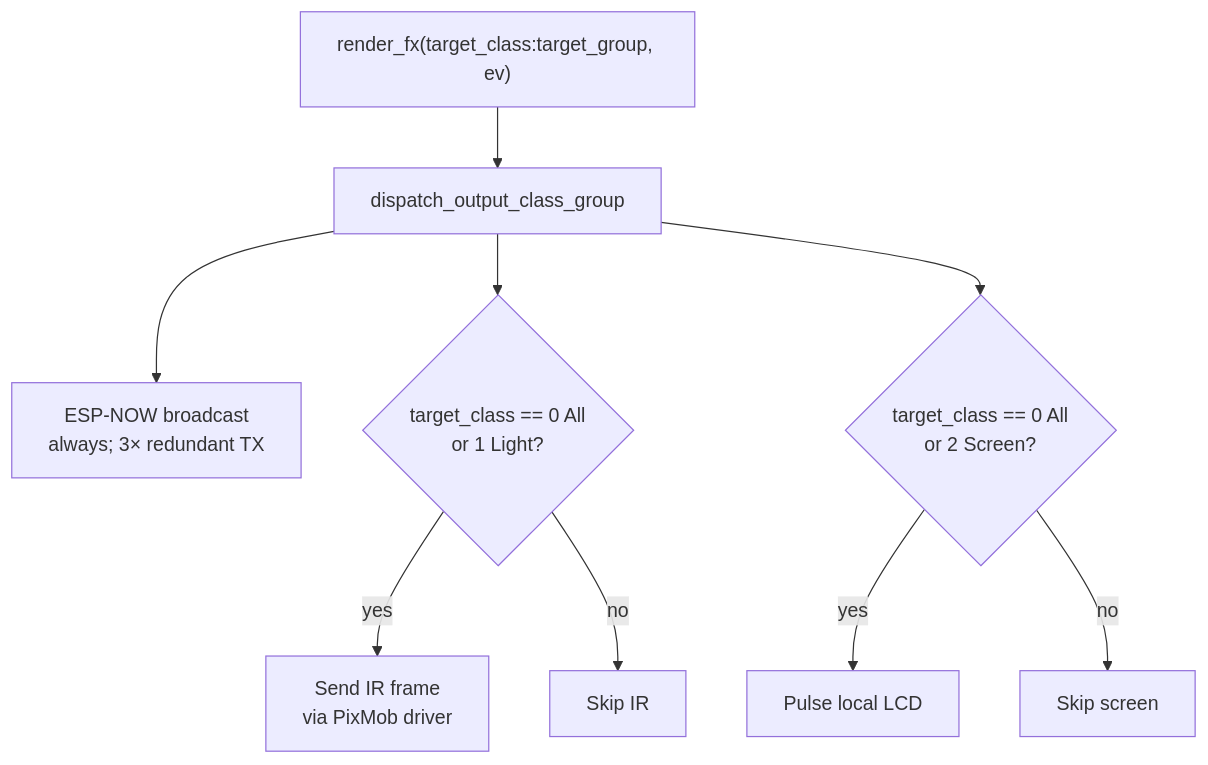
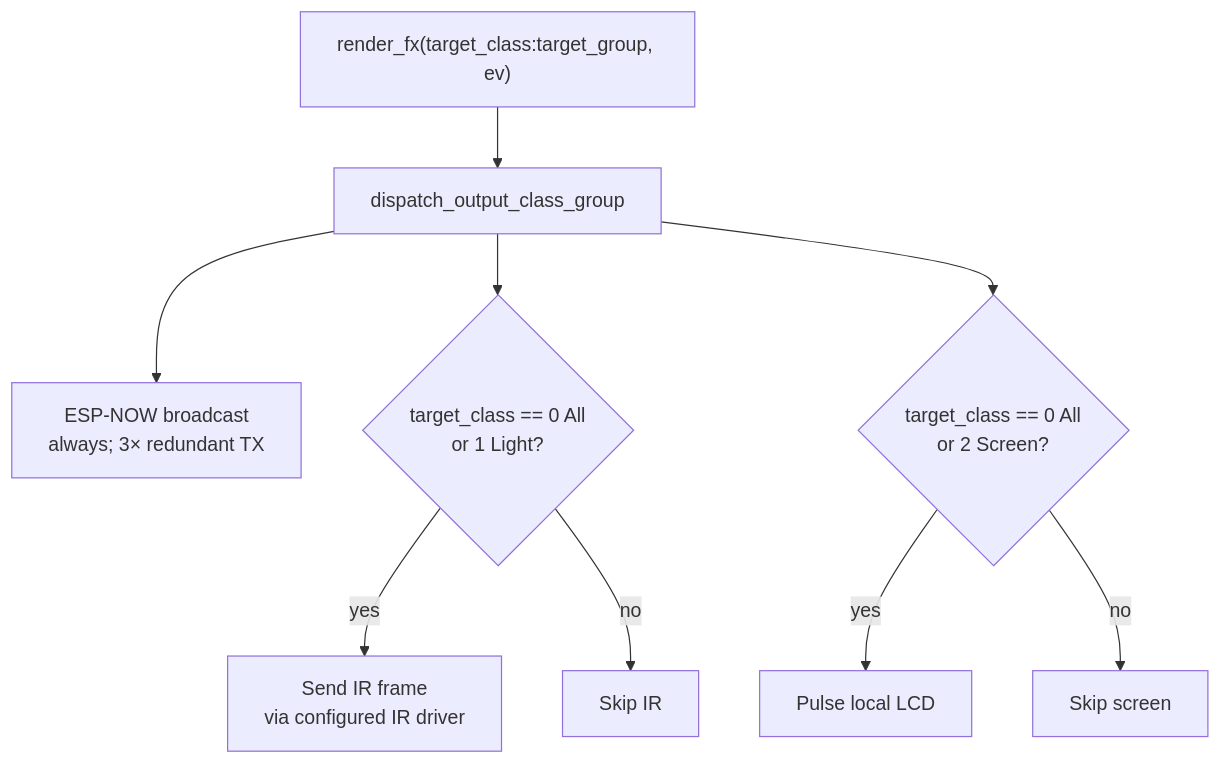
The fifth of 10 diagrams in docs/manuals/flow-diagrams.md (ratcliffej/nocturnation-stickc), drawn with Mermaid before and after one commit. The commit also changed other lines of this file, not shown here.

First line of the commit message:
Flow diagrams: de-brand IR and clarify Show is the producer

````diff
--- a/docs/manuals/flow-diagrams.md
+++ b/docs/manuals/flow-diagrams.md
@@ -155,15 +163,15 @@
 ```mermaid
 flowchart TD
     Call["render_fx(target_class:target_group, ev)"]
     Call --> Dispatch[dispatch_output_class_group]
 
     Dispatch --> ESPNow[ESP-NOW broadcast<br/>always; 3× redundant TX]
     Dispatch --> IRGate{target_class == 0 All<br/>or 1 Light?}
     Dispatch --> ScrGate{target_class == 0 All<br/>or 2 Screen?}
 
-    IRGate -- "yes" --> SendMain[Send IR frame<br/>via PixMob driver]
+    IRGate -- "yes" --> SendMain[Send IR frame<br/>via configured IR driver]
     IRGate -- "no" --> IRSkip[Skip IR]
 
     ScrGate -- "yes" --> LCDPulse[Pulse local LCD]
     ScrGate -- "no" --> ScrSkip[Skip screen]
 ```
````
